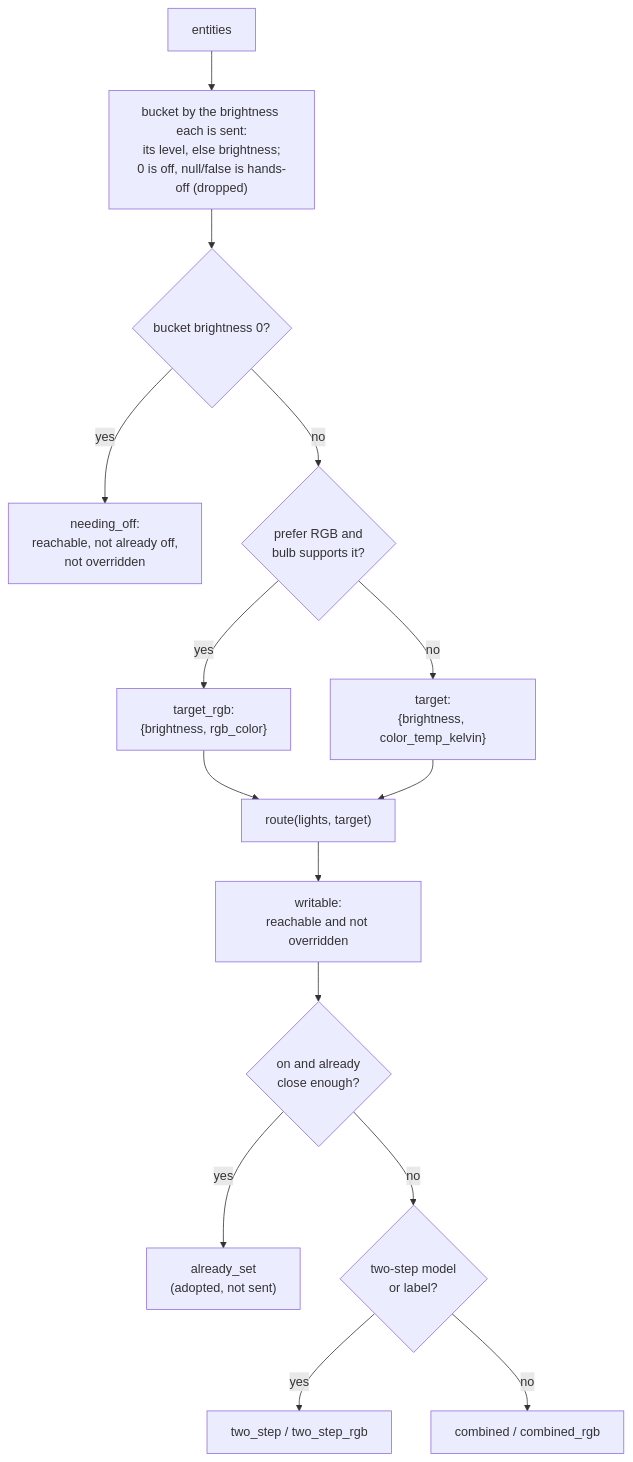
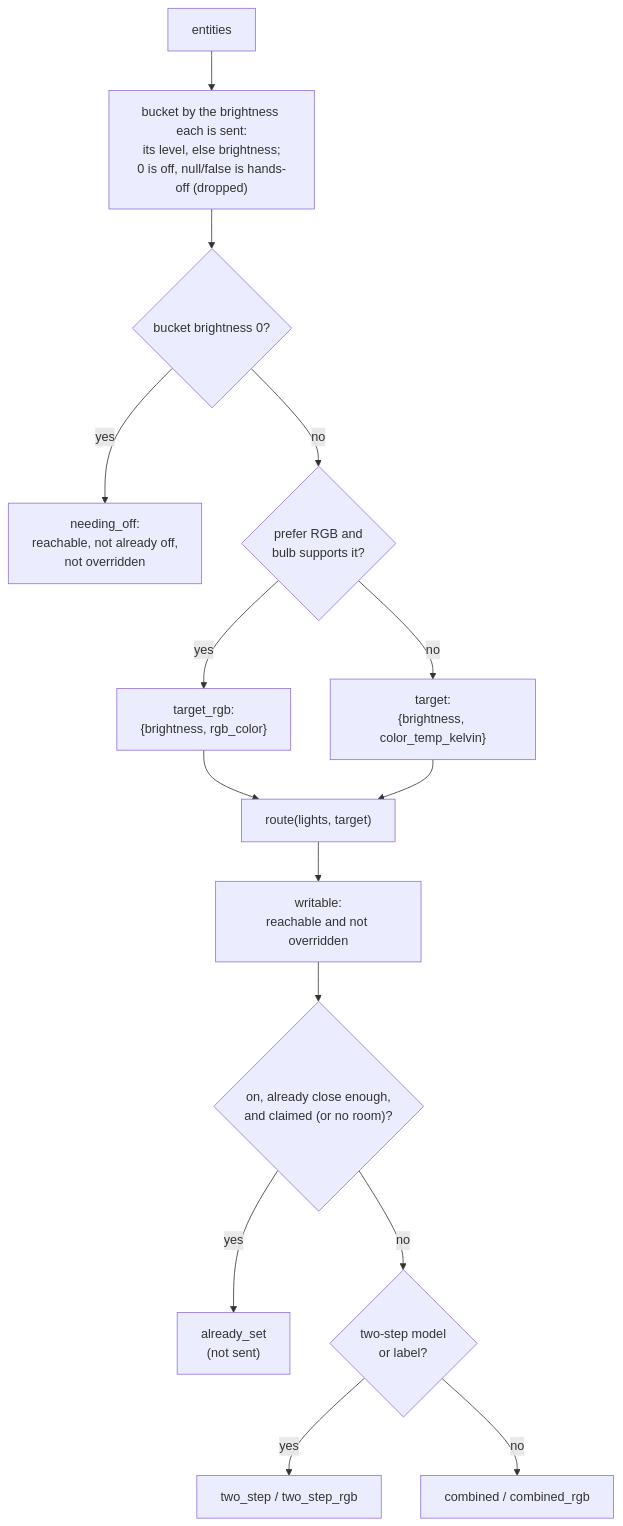
Before and after one commit to danrspencer/flare: the second of 3 diagrams in docs/architecture/services.md, drawn with Mermaid. The commit also changed other lines of this file and 17 other files, not shown here.

````diff
--- a/docs/architecture/services.md
+++ b/docs/architecture/services.md
@@ -75,17 +74,17 @@
 ```mermaid
 flowchart TB
     E["entities"] --> BK["bucket by the brightness each is sent:<br/>its level, else brightness;<br/>0 is off, null/false is hands-off (dropped)"]
     BK --> OFFQ{"bucket brightness 0?"}
     OFFQ -->|"yes"| OFF["needing_off:<br/>reachable, not already off,<br/>not overridden"]
     OFFQ -->|"no"| RGBQ{"prefer RGB and<br/>bulb supports it?"}
     RGBQ -->|"yes"| RGB["target_rgb:<br/>{brightness, rgb_color}"]
     RGBQ -->|"no"| CT["target:<br/>{brightness, color_temp_kelvin}"]
     RGB --> ROUTE
     CT --> ROUTE
     ROUTE["route(lights, target)"] --> W["writable:<br/>reachable and not overridden"]
-    W --> AS{"on and already<br/>close enough?"}
-    AS -->|"yes"| ALR["already_set<br/>(adopted, not sent)"]
+    W --> AS{"on, already close enough,<br/>and claimed (or no room)?"}
+    AS -->|"yes"| ALR["already_set<br/>(not sent)"]
     AS -->|"no"| TSQ{"two-step model<br/>or label?"}
     TSQ -->|"yes"| TS["two_step / two_step_rgb"]
     TSQ -->|"no"| CB["combined / combined_rgb"]
 ```
````
